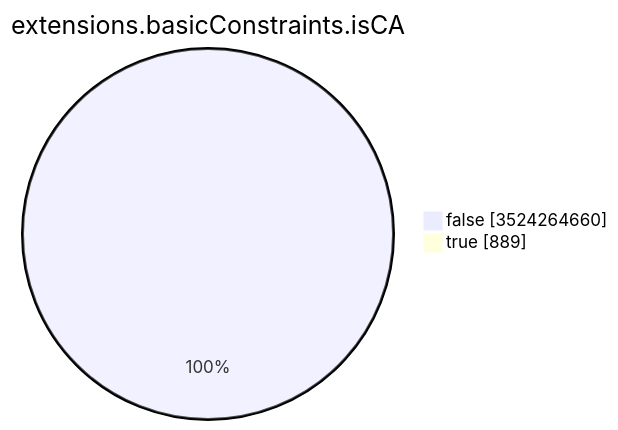
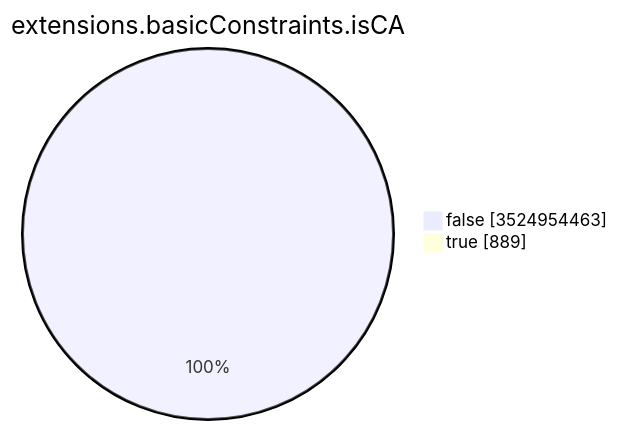
The seventh of 15 diagrams in TOTAL/README.md (christiankrug/ctmonitor_visualization), drawn with Mermaid before and after one commit. The commit also changed other lines of this file, not shown here.

````diff
--- a/TOTAL/README.md
+++ b/TOTAL/README.md
@@ -3094,6 +3094,6 @@
 ```mermaid
 pie showData
 title extensions.basicConstraints.isCA
-"false" :3524264660
+"false" :3524954463
 "true" :889
 ```
````
